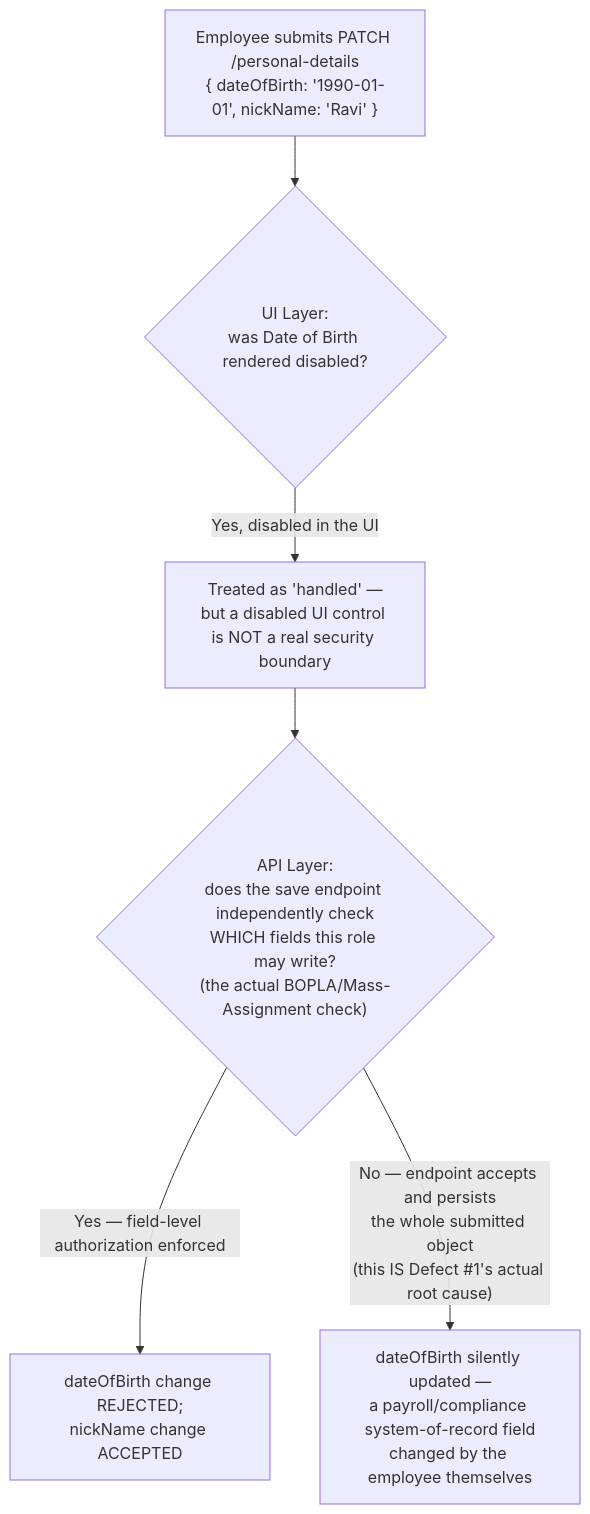
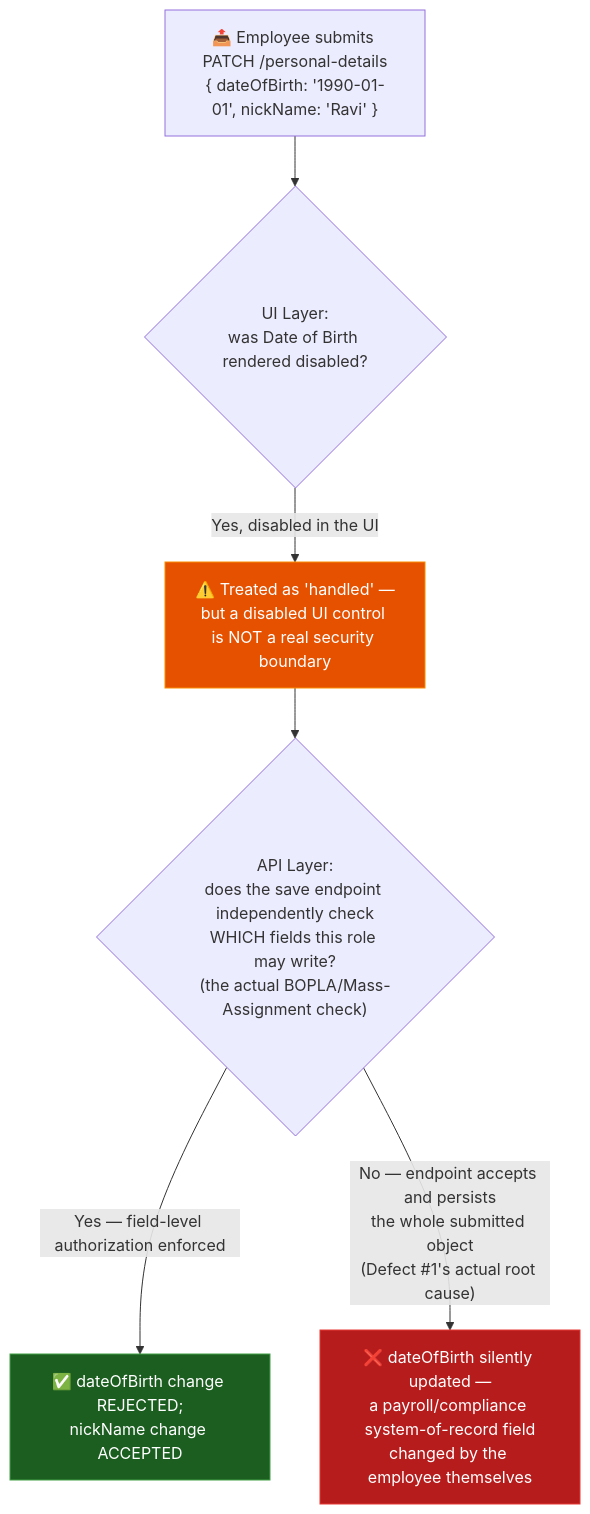
The third of 4 diagrams in docs/architecture-and-flow.md (ghanendra-sdet/hrms-platform), drawn with Mermaid before and after one commit. The commit also changed other lines of this file and 1 other file, not shown here.

Commit message:
docs: enrich architecture and tech-and-skills diagrams

````diff
--- a/docs/architecture-and-flow.md
+++ b/docs/architecture-and-flow.md
@@ -75,8 +80,15 @@
 ```mermaid
 flowchart TD
-    Submit["Employee submits PATCH /personal-details<br/>{ dateOfBirth: '1990-01-01', nickName: 'Ravi' }"] --> UILayer{"UI Layer:<br/>was Date of Birth rendered disabled?"}
-    UILayer -->|Yes, disabled in the UI| Trust["Treated as 'handled' —<br/>but a disabled UI control is NOT a real security boundary"]
+    Submit["📤 Employee submits PATCH /personal-details<br/>{ dateOfBirth: '1990-01-01', nickName: 'Ravi' }"] --> UILayer{"UI Layer:<br/>was Date of Birth rendered disabled?"}
+    UILayer -->|Yes, disabled in the UI| Trust["⚠️ Treated as 'handled' —<br/>but a disabled UI control is NOT a real security boundary"]
     Trust --> APILayer{"API Layer:<br/>does the save endpoint independently check<br/>WHICH fields this role may write?<br/>(the actual BOPLA/Mass-Assignment check)"}
-    APILayer -->|"Yes — field-level authorization enforced"| Blocked["dateOfBirth change REJECTED;<br/>nickName change ACCEPTED"]
-    APILayer -->|"No — endpoint accepts and persists<br/>the whole submitted object<br/>(this IS Defect #1's actual root cause)"| Leak["dateOfBirth silently updated —<br/>a payroll/compliance system-of-record field<br/>changed by the employee themselves"]
+    APILayer -->|"Yes — field-level authorization enforced"| Blocked["✅ dateOfBirth change REJECTED;<br/>nickName change ACCEPTED"]
+    APILayer -->|"No — endpoint accepts and persists<br/>the whole submitted object<br/>(Defect #1's actual root cause)"| Leak["❌ dateOfBirth silently updated —<br/>a payroll/compliance system-of-record field<br/>changed by the employee themselves"]
+
+    classDef risk fill:#e65100,stroke:#fb8c00,color:#fff
+    classDef good fill:#1b5e20,stroke:#43a047,color:#fff
+    classDef bad fill:#b71c1c,stroke:#e53935,color:#fff
+    class Trust risk
+    class Blocked good
+    class Leak bad
 ```
````
